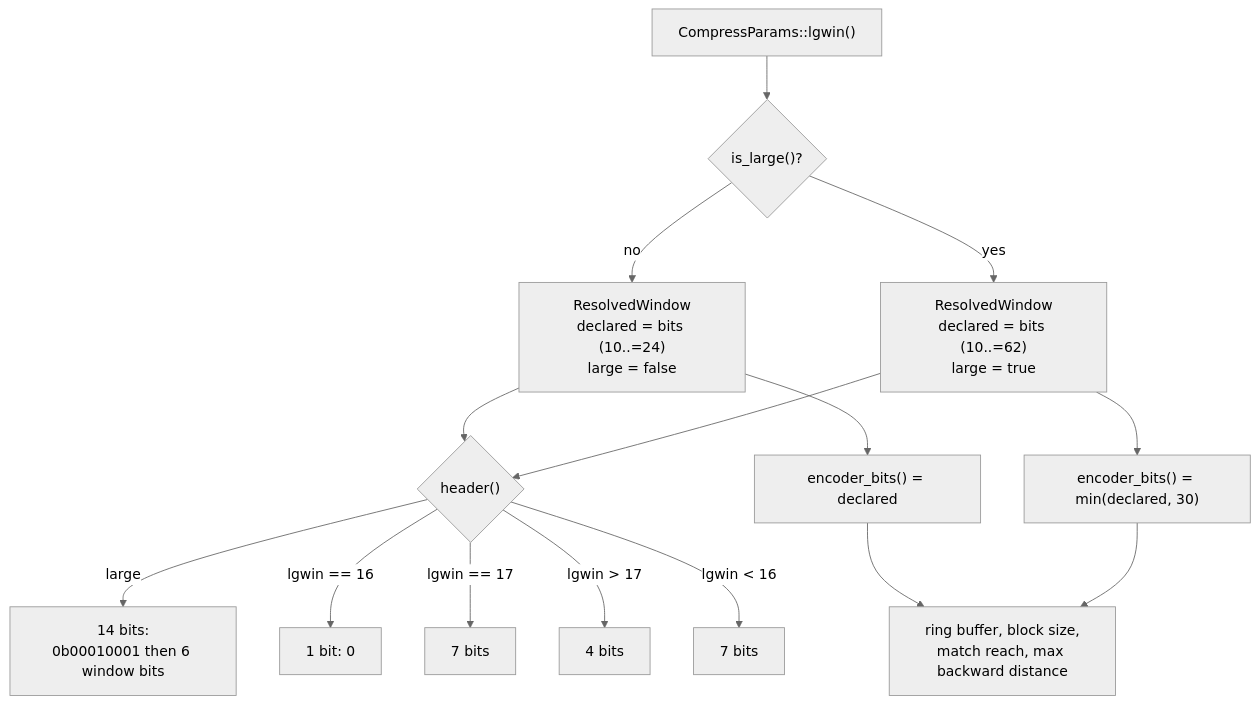
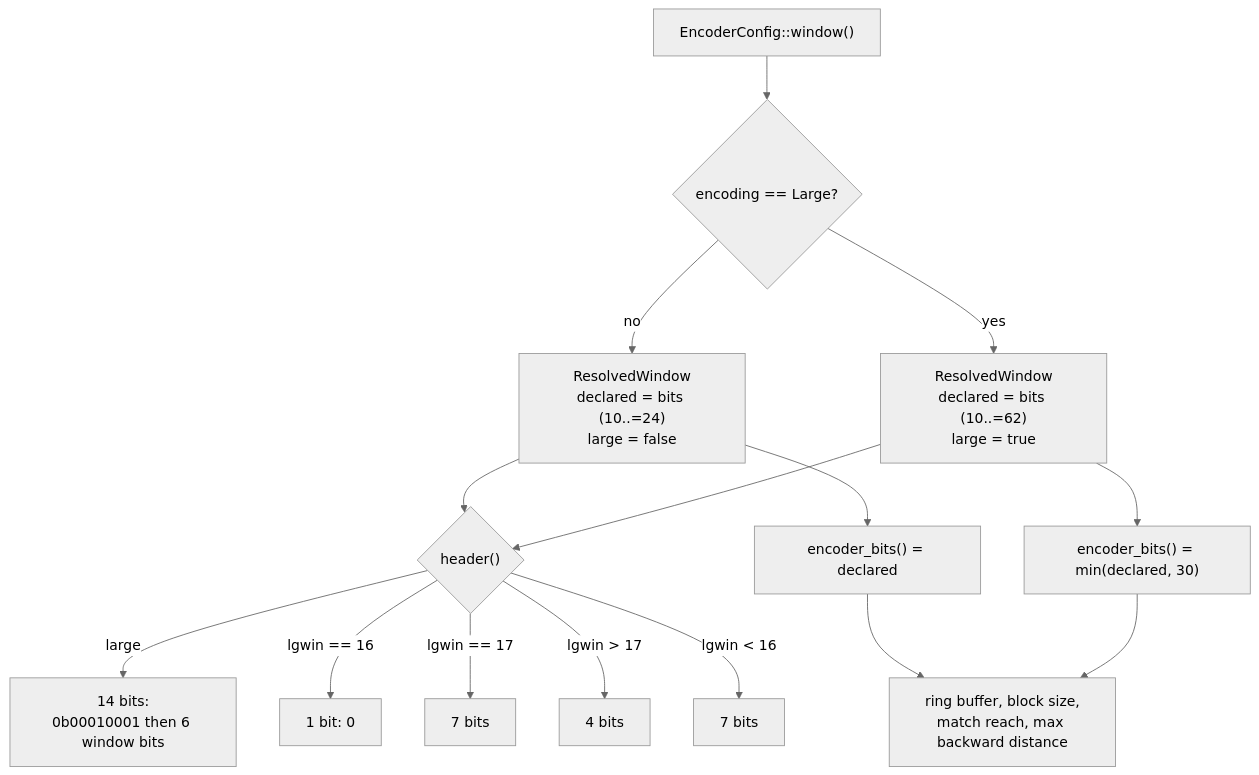
The third of 13 diagrams in architecture/shared-brotli.md (Mnwa/mbrotli), drawn with Mermaid (neutral theme) before and after one commit. The commit also changed other lines of this file and 104 other files, not shown here.

````diff
--- a/architecture/shared-brotli.md
+++ b/architecture/shared-brotli.md
@@ -180,17 +188,17 @@
 ```mermaid
 flowchart TD
-    p["CompressParams::lgwin()"] --> q{"is_large()?"}
+    p["EncoderConfig::window()"] --> q{"encoding == Large?"}
     q -->|no| std["ResolvedWindow<br/>declared = bits (10..=24)<br/>large = false"]
     q -->|yes| lw["ResolvedWindow<br/>declared = bits (10..=62)<br/>large = true"]
     std --> hdr{"header()"}
     lw --> hdr
     hdr -->|"large"| h14["14 bits:<br/>0b00010001 then 6 window bits"]
     hdr -->|"lgwin == 16"| h1["1 bit: 0"]
     hdr -->|"lgwin == 17"| h7a["7 bits"]
     hdr -->|"lgwin > 17"| h4["4 bits"]
     hdr -->|"lgwin < 16"| h7b["7 bits"]
     std --> enc["encoder_bits() = declared"]
     lw --> encl["encoder_bits() = min(declared, 30)"]
     enc --> use["ring buffer, block size,<br/>match reach, max backward distance"]
     encl --> use
 ```
````
